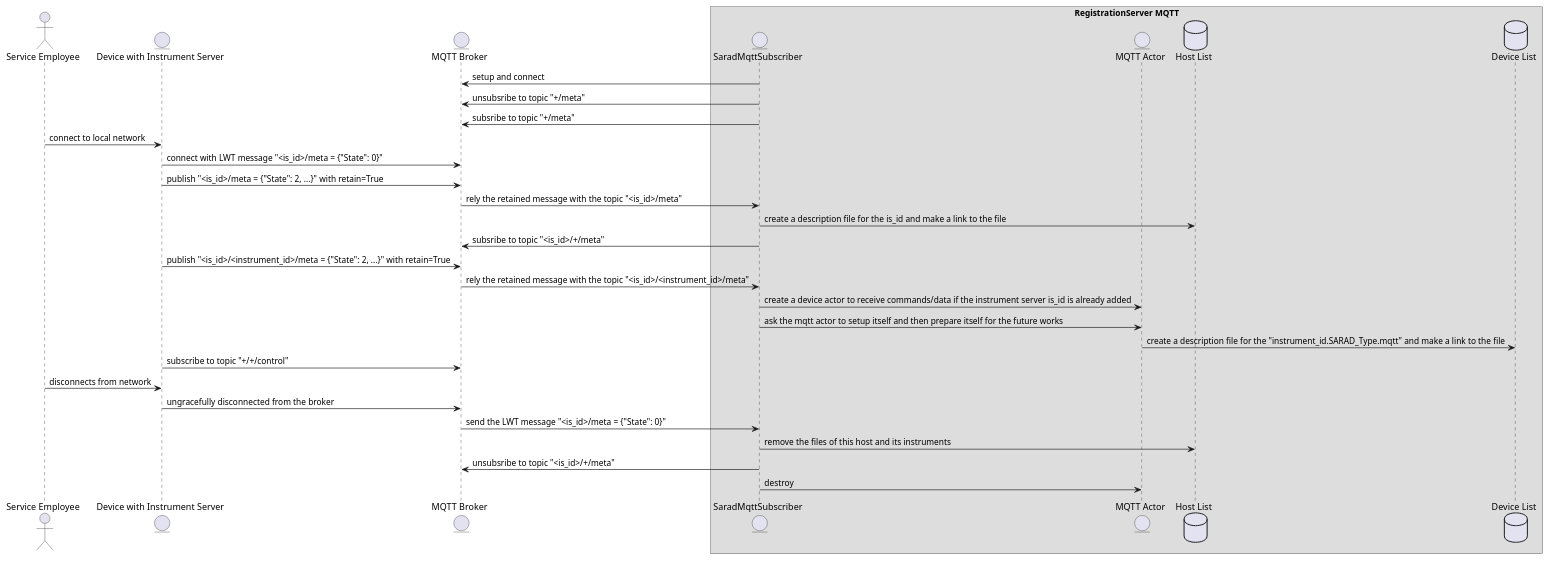
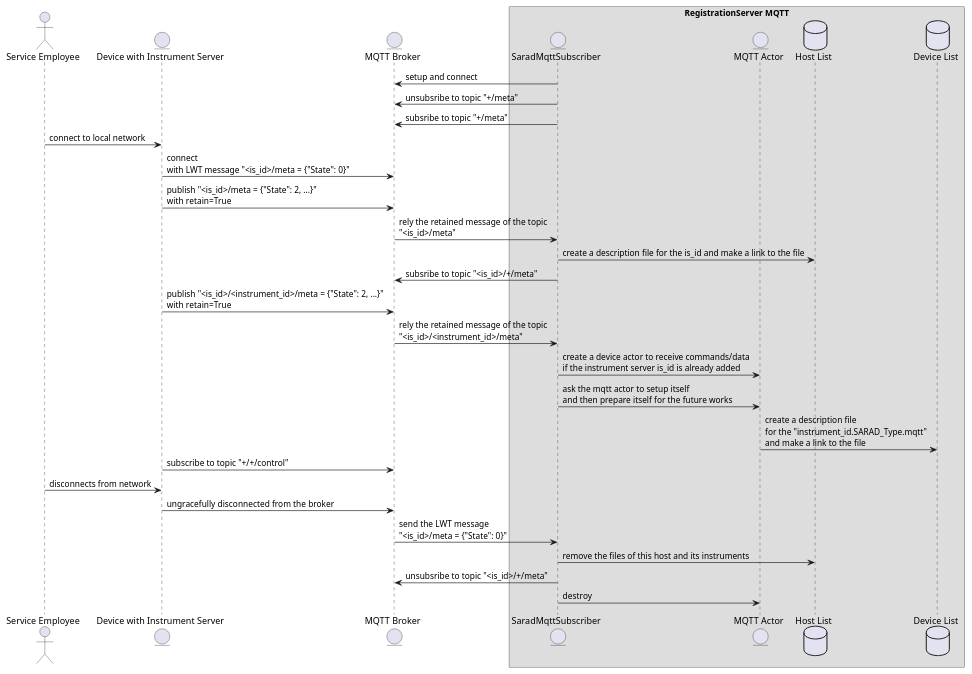
One commit to SARAD-GmbH/RegServer changed the diagram in doc/source/uml-mqtt_subscriber.puml. Above: the diagram before and after it, drawn with PlantUML. The commit also changed 7 other files, not shown here.

```diff
--- a/doc/source/uml-mqtt_subscriber.puml
+++ b/doc/source/uml-mqtt_subscriber.puml
@@ -1,32 +1,32 @@
 @startuml
 actor "Service Employee" as user
 entity "Device with Instrument Server" as is_mqtt
 entity "MQTT Broker" as broker
 box "RegistrationServer MQTT"
 entity "SaradMqttSubscriber" as subscriber
 entity "MQTT Actor" as mqtt_actor
 database "Host List" as h_list
 database "Device List" as d_list
 end box
 subscriber -> broker : setup and connect
 subscriber -> broker : unsubsribe to topic "+/meta"
 subscriber -> broker : subsribe to topic "+/meta"
 user -> is_mqtt : connect to local network
-is_mqtt -> broker : connect with LWT message "<is_id>/meta = {"State": 0}"
-is_mqtt -> broker : publish "<is_id>/meta = {"State": 2, ...}" with retain=True
-broker -> subscriber : rely the retained message with the topic "<is_id>/meta"
+is_mqtt -> broker : connect\nwith LWT message "<is_id>/meta = {"State": 0}"
+is_mqtt -> broker : publish "<is_id>/meta = {"State": 2, ...}"\nwith retain=True
+broker -> subscriber : rely the retained message of the topic\n"<is_id>/meta"
 subscriber -> h_list : create a description file for the is_id and make a link to the file
 subscriber -> broker : subsribe to topic "<is_id>/+/meta"
-is_mqtt -> broker : publish "<is_id>/<instrument_id>/meta = {"State": 2, ...}" with retain=True
-broker -> subscriber : rely the retained message with the topic "<is_id>/<instrument_id>/meta"
-subscriber -> mqtt_actor : create a device actor to receive commands/data if the instrument server is_id is already added
-subscriber -> mqtt_actor : ask the mqtt actor to setup itself and then prepare itself for the future works
-mqtt_actor -> d_list : create a description file for the "instrument_id.SARAD_Type.mqtt" and make a link to the file
+is_mqtt -> broker : publish "<is_id>/<instrument_id>/meta = {"State": 2, ...}"\nwith retain=True
+broker -> subscriber : rely the retained message of the topic\n"<is_id>/<instrument_id>/meta"
+subscriber -> mqtt_actor : create a device actor to receive commands/data\nif the instrument server is_id is already added
+subscriber -> mqtt_actor : ask the mqtt actor to setup itself\nand then prepare itself for the future works
+mqtt_actor -> d_list : create a description file\nfor the "instrument_id.SARAD_Type.mqtt"\nand make a link to the file
 is_mqtt -> broker : subscribe to topic "+/+/control"
 user -> is_mqtt : disconnects from network
 is_mqtt -> broker : ungracefully disconnected from the broker
-broker -> subscriber : send the LWT message "<is_id>/meta = {"State": 0}"
+broker -> subscriber : send the LWT message\n"<is_id>/meta = {"State": 0}"
 subscriber -> h_list : remove the files of this host and its instruments
 subscriber -> broker : unsubsribe to topic "<is_id>/+/meta"
 subscriber -> mqtt_actor: destroy
 @enduml
```
